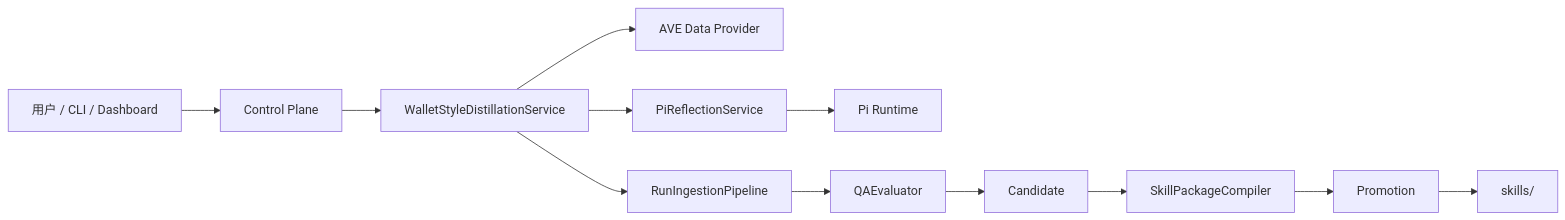
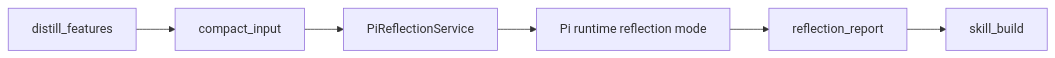
One commit to DESONGs/0t-skill-hackson changed the first of 2 diagrams in 0t-skill_hackson_v2ing/docs/architecture/02-wallet-style-agent-reflection.md. Above: the diagram before and after it, drawn with Mermaid. The commit also changed other lines of this file and 49 other files, not shown here.

Commit message:
Sync docs, startup surfaces, and sanitized wallet-style pipeline

````diff
--- a/0t-skill_hackson_v2ing/docs/architecture/02-wallet-style-agent-reflection.md
+++ b/0t-skill_hackson_v2ing/docs/architecture/02-wallet-style-agent-reflection.md
@@ -8,14 +7,8 @@
 ```mermaid
 flowchart LR
-    U["用户 / CLI / Dashboard"] --> CP["Control Plane"]
-    CP --> SDS["WalletStyleDistillationService"]
-    SDS --> AVE["AVE Data Provider"]
-    SDS --> REF["PiReflectionService"]
-    REF --> PI["Pi Runtime"]
-    SDS --> PIPE["RunIngestionPipeline"]
-    PIPE --> QA["QAEvaluator"]
-    QA --> CAND["Candidate"]
-    CAND --> COMP["SkillPackageCompiler"]
-    COMP --> PROM["Promotion"]
-    PROM --> SKILLS["skills/"]
+    A["distill_features"] --> B["compact_input"]
+    B --> C["PiReflectionService"]
+    C --> D["Pi runtime reflection mode"]
+    D --> E["reflection_report"]
+    E --> F["skill_build"]
 ```
````
